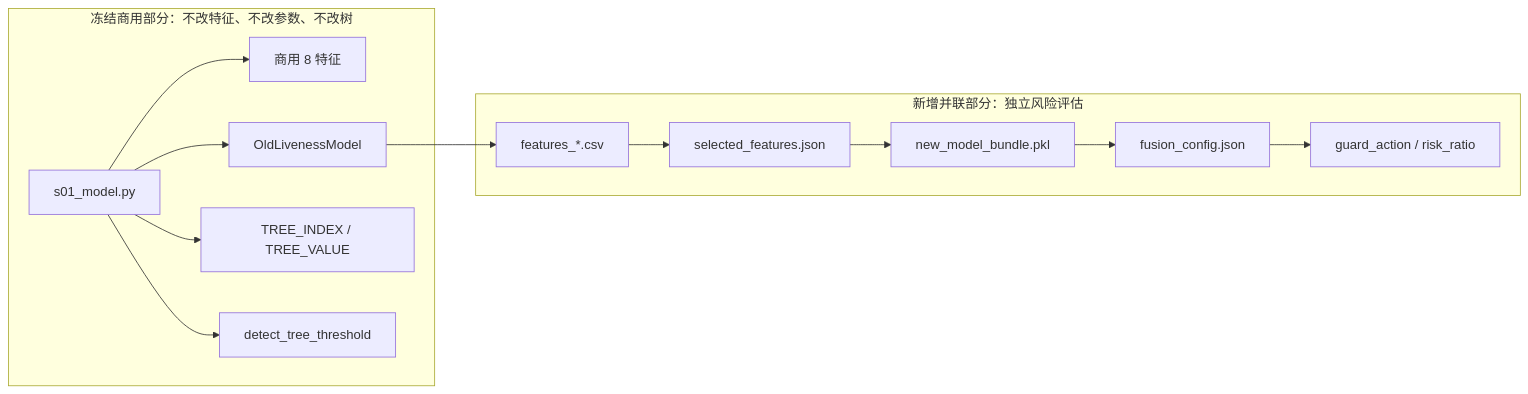
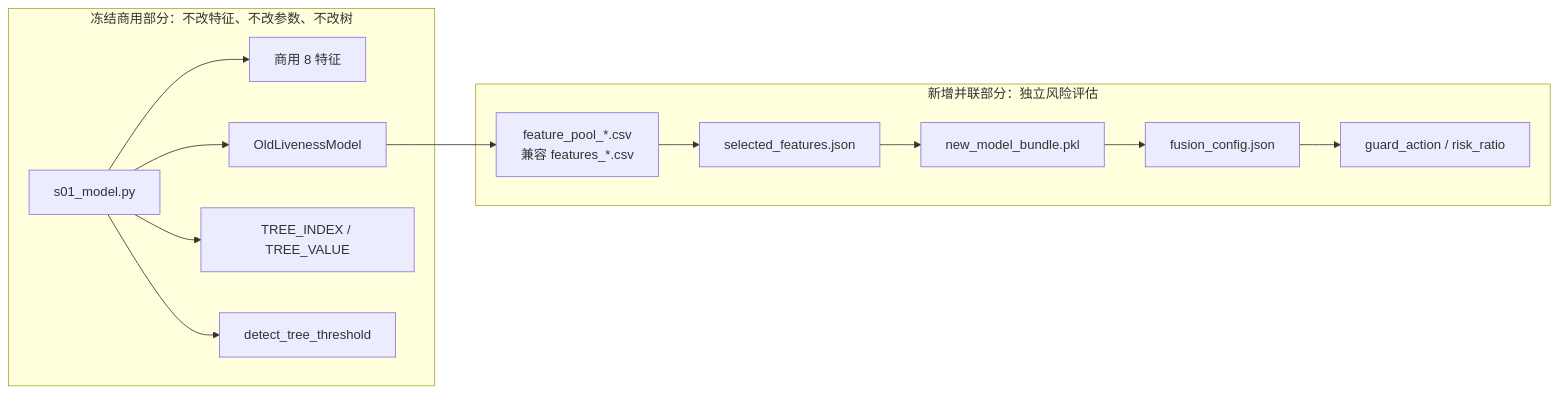
The third of 6 diagrams in README.md (Amazing-hw/parallel), drawn with Mermaid before and after one commit. The commit also changed other lines of this file and 9 other files, not shown here.

````diff
--- a/README.md
+++ b/README.md
@@ -162,28 +172,28 @@
 ```mermaid
 flowchart LR
     subgraph Frozen["冻结商用部分：不改特征、不改参数、不改树"]
         A["s01_model.py"]
         B["商用 8 特征"]
         C["OldLivenessModel"]
         D["TREE_INDEX / TREE_VALUE"]
         E["detect_tree_threshold"]
         A --> B
         A --> C
         A --> D
         A --> E
     end
 
     subgraph Added["新增并联部分：独立风险评估"]
-        F["features_*.csv"]
+        F["feature_pool_*.csv<br/>兼容 features_*.csv"]
         G["selected_features.json"]
         H["new_model_bundle.pkl"]
         I["fusion_config.json"]
         J["guard_action / risk_ratio"]
     end
 
     C --> F
     F --> G
     G --> H
     H --> I
     I --> J
 ```
````
